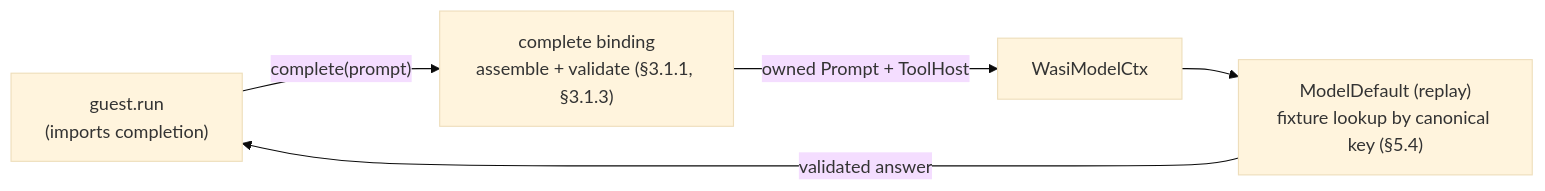
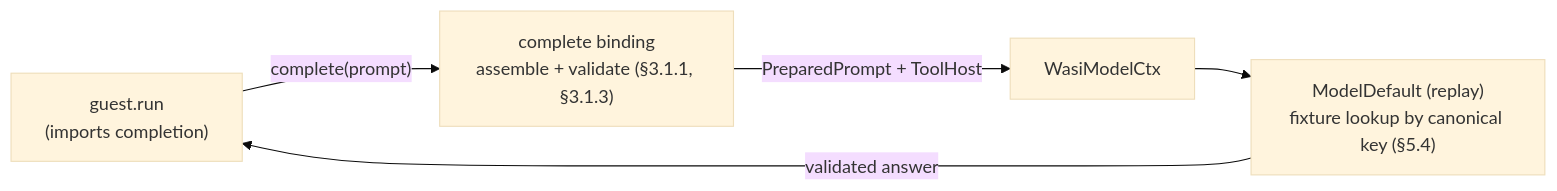
The diagram in examples/model/README.md (augentic/omnia), drawn with Mermaid (base theme) before and after one commit. The commit also changed other lines of this file and 150 other files, not shown here.

````diff
--- a/examples/model/README.md
+++ b/examples/model/README.md
@@ -30,7 +14,7 @@
 ```mermaid
 flowchart LR
   guest["guest.run<br/>(imports completion)"] -->|"complete(prompt)"| bind["complete binding<br/>assemble + validate (§3.1.1, §3.1.3)"]
-  bind -->|"owned Prompt + ToolHost"| ctx["WasiModelCtx"]
+  bind -->|"PreparedPrompt + ToolHost"| ctx["WasiModelCtx"]
   ctx --> replay["ModelDefault (replay)<br/>fixture lookup by canonical key (§5.4)"]
   replay -->|"validated answer"| guest
 ```
````
